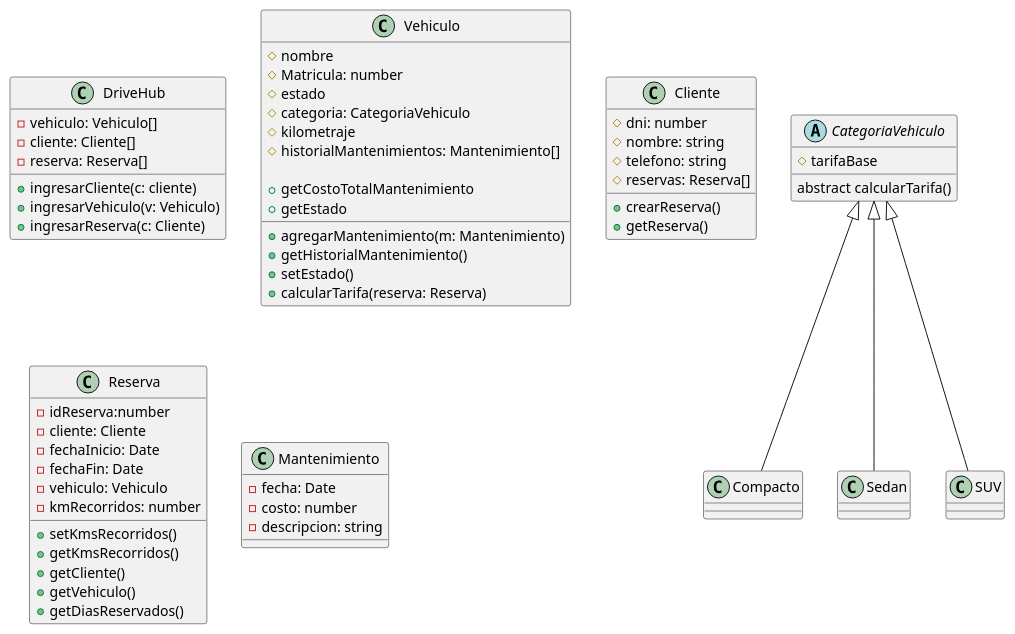
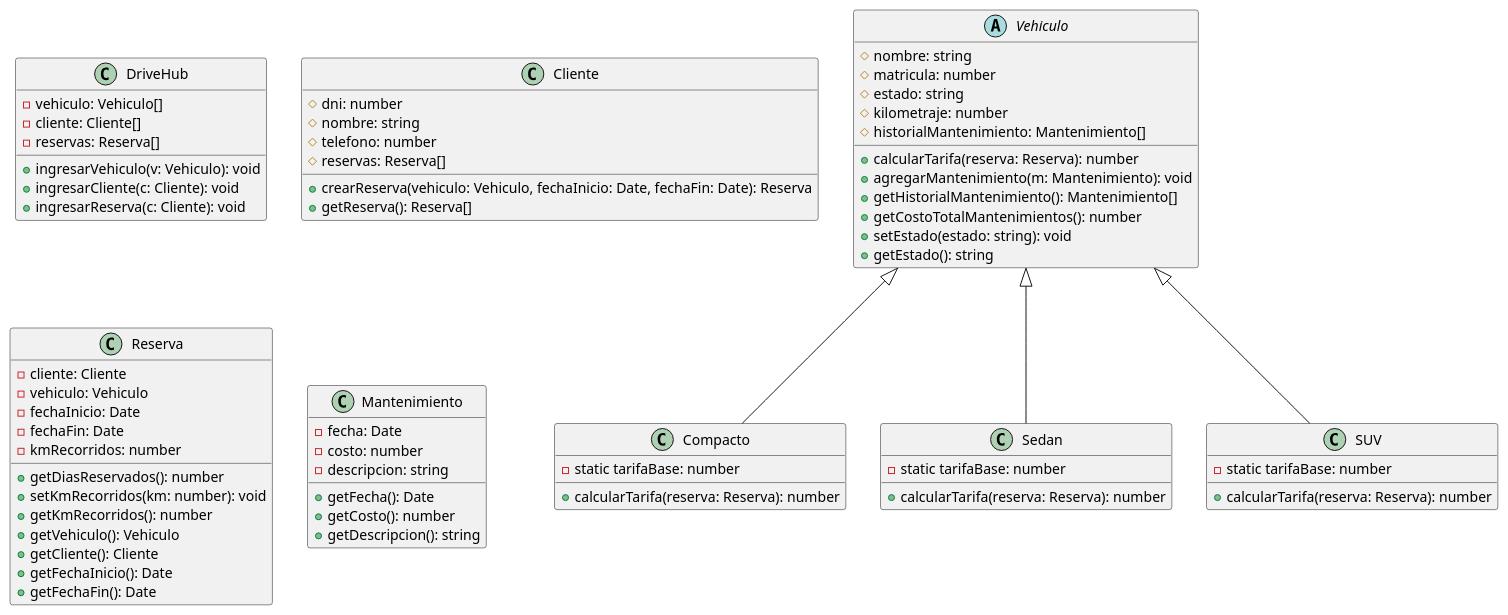
One commit to diegolacosta02/TP-Programacion-II changed the diagram in diagramas/diagrama.puml. Above: the diagram before and after it, drawn with PlantUML. The commit also changed 12 other files, not shown here.

Commit message:
actualizo diagrama y agrego test de SUV

```diff
--- a/diagramas/diagrama.puml
+++ b/diagramas/diagrama.puml
@@ -1,71 +1,80 @@
 @startuml Trabajo Practico Alquiler de Autos
 
-    class DriveHub{
-        - vehiculo: Vehiculo[]
-        - cliente: Cliente[]
-        - reserva: Reserva[]
+class DriveHub {
+    - vehiculo: Vehiculo[]
+    - cliente: Cliente[]
+    - reservas: Reserva[]
 
-        + ingresarCliente(c: cliente)
-        + ingresarVehiculo(v: Vehiculo)
-        + ingresarReserva(c: Cliente)
-    }
+    + ingresarVehiculo(v: Vehiculo): void
+    + ingresarCliente(c: Cliente): void
+    + ingresarReserva(c: Cliente): void
+}
 
-    class Vehiculo{
-        # nombre
-        # Matricula: number
-        # estado
-        # categoria: CategoriaVehiculo
-        # kilometraje
-        # historialMantenimientos: Mantenimiento[]
+abstract class Vehiculo {
+    # nombre: string
+    # matricula: number
+    # estado: string
+    # kilometraje: number
+    # historialMantenimiento: Mantenimiento[]
 
-        + agregarMantenimiento(m: Mantenimiento)
-        + getHistorialMantenimiento()
-        + getCostoTotalMantenimiento
-        + setEstado()
-        + getEstado
-        + calcularTarifa(reserva: Reserva)
-    }
+    + calcularTarifa(reserva: Reserva): number
+    + agregarMantenimiento(m: Mantenimiento): void
+    + getHistorialMantenimiento(): Mantenimiento[]
+    + getCostoTotalMantenimientos(): number
+    + setEstado(estado: string): void
+    + getEstado(): string
+}
 
-    abstract class CategoriaVehiculo {
-        # tarifaBase
-        abstract calcularTarifa()
 
-    }
+class Compacto extends Vehiculo {
+    - static tarifaBase: number
+    + calcularTarifa(reserva: Reserva): number
+}
 
-    class Compacto extends CategoriaVehiculo{}
-    class Sedan extends CategoriaVehiculo{}
-    class SUV extends CategoriaVehiculo{}
+class Sedan extends Vehiculo {
+    - static tarifaBase: number
+    + calcularTarifa(reserva: Reserva): number
+}
 
-    class Cliente{
-        # dni: number
-        # nombre: string
-        # telefono: string
-        # reservas: Reserva[]
+class SUV extends Vehiculo {
+    - static tarifaBase: number
+    + calcularTarifa(reserva: Reserva): number
+}
 
-        + crearReserva()
-        + getReserva()
-    }
+class Cliente {
+    # dni: number
+    # nombre: string
+    # telefono: number
+    # reservas: Reserva[]
 
-    class Reserva{
-        - idReserva:number
-        - cliente: Cliente
-        - fechaInicio: Date
-        - fechaFin: Date
-        - vehiculo: Vehiculo
-        - kmRecorridos: number
-        
-        + setKmsRecorridos()
-        + getKmsRecorridos()
-        + getCliente()
-        + getVehiculo()
-        + getDiasReservados()
+    + crearReserva(vehiculo: Vehiculo, fechaInicio: Date, fechaFin: Date): Reserva
+    + getReserva(): Reserva[]
+}
 
-    }
+class Reserva {
+    - cliente: Cliente
+    - vehiculo: Vehiculo
+    - fechaInicio: Date
+    - fechaFin: Date
+    - kmRecorridos: number
 
-    class Mantenimiento{
-        - fecha: Date
-        - costo: number
-        - descripcion: string
-    }
+    + getDiasReservados(): number
+    + setKmRecorridos(km: number): void
+    + getKmRecorridos(): number
+    + getVehiculo(): Vehiculo
+    + getCliente(): Cliente
+    + getFechaInicio(): Date
+    + getFechaFin(): Date
+}
+
+class Mantenimiento {
+    - fecha: Date
+    - costo: number
+    - descripcion: string
+
+    + getFecha(): Date
+    + getCosto(): number
+    + getDescripcion(): string
+}
 
 @enduml
```
